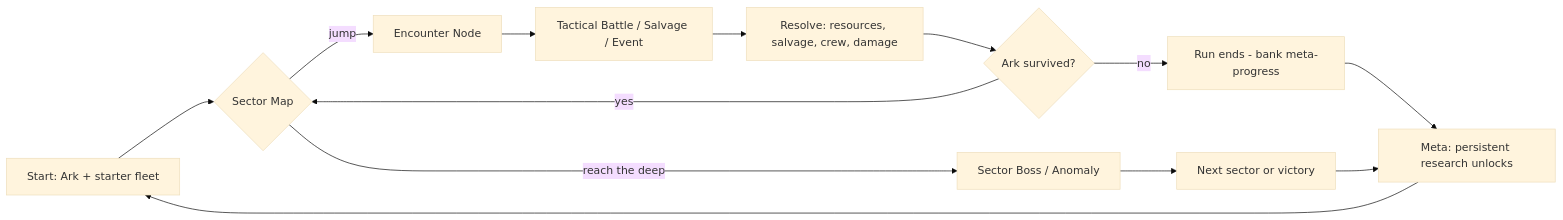
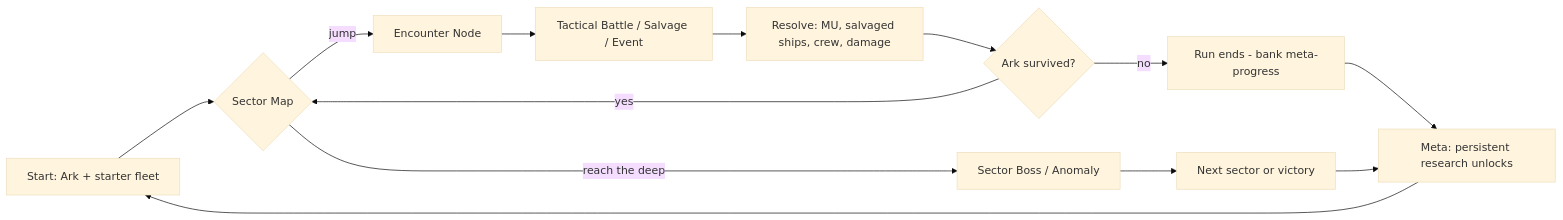
The first of 4 diagrams in design.md (RubenTipparach/sea-of-lost-souls), drawn with Mermaid (base theme) before and after one commit. The commit also changed other lines of this file and 17 other files, not shown here.

````diff
--- a/design.md
+++ b/design.md
@@ -115,15 +115,15 @@
 ```mermaid
 flowchart LR
     A[Start: Ark + starter fleet] --> B{Sector Map}
     B -->|jump| C[Encounter Node]
     C --> D[Tactical Battle / Salvage / Event]
-    D --> E[Resolve: resources, salvage, crew, damage]
+    D --> E[Resolve: MU, salvaged ships, crew, damage]
     E --> F{Ark survived?}
     F -->|no| G[Run ends - bank meta-progress]
     F -->|yes| B
     B -->|reach the deep| H[Sector Boss / Anomaly]
     H --> I[Next sector or victory]
     G --> J[Meta: persistent research unlocks]
     I --> J
     J --> A
 ```
````
